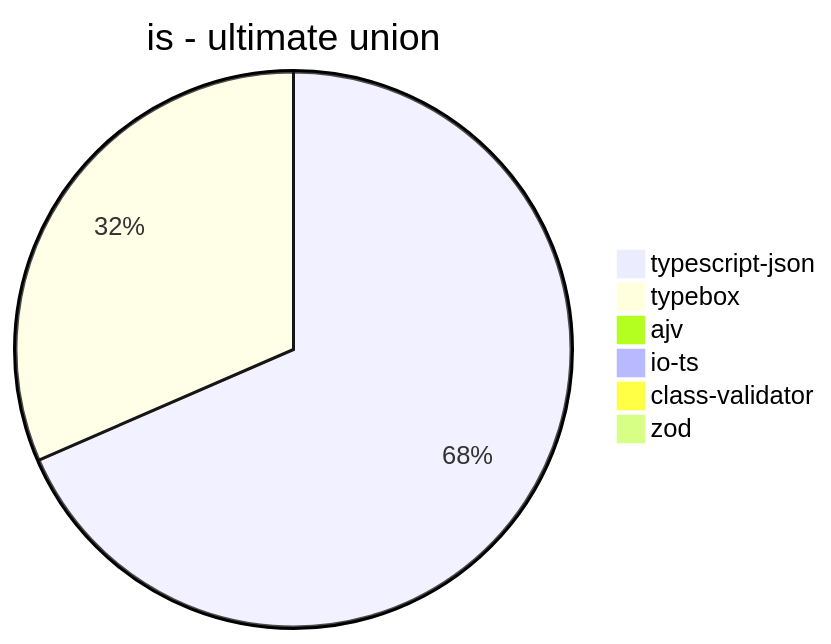
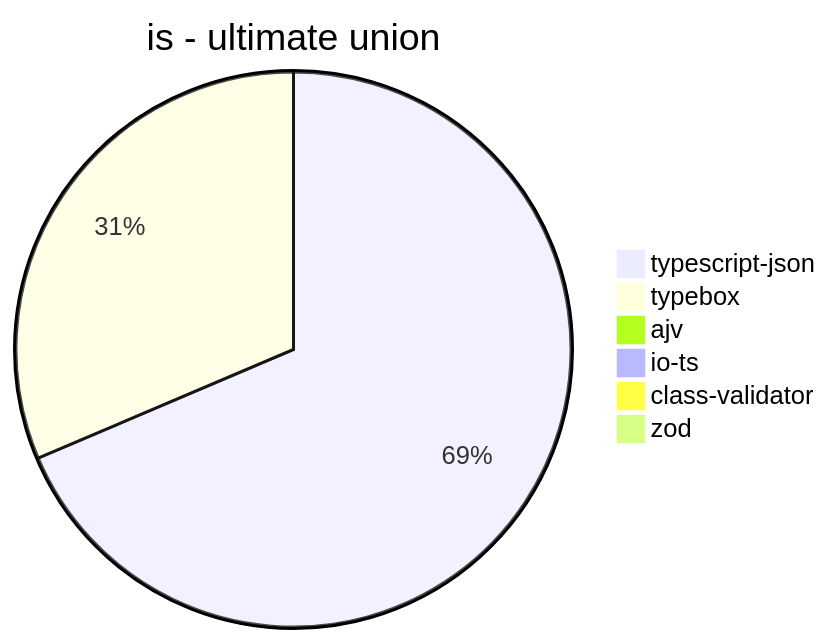
One commit to samchon/typia changed the eighth of 39 diagrams in benchmark/results/11th Gen Intel(R) Core(TM) i5-1135G7 @ 2.40GHz.md. Above: the diagram before and after it, drawn with Mermaid. The commit also changed other lines of this file and 7 other files, not shown here.

````diff
--- a/benchmark/results/11th Gen Intel(R) Core(TM) i5-1135G7 @ 2.40GHz.md
+++ b/benchmark/results/11th Gen Intel(R) Core(TM) i5-1135G7 @ 2.40GHz.md
@@ -98,9 +98,9 @@
 ```mermaid
 pie title is - ultimate union
-  "typescript-json": 548.9229645856152
-  "typebox": 252.66582324236398
+  "typescript-json": 547.891350964975
+  "typebox": 250.81967213114754
   "ajv": 0
   "io-ts": 0
   "class-validator": 0
-  "zod": 0.3459609064175748
+  "zod": 0.35379444542720684
 ```
````
